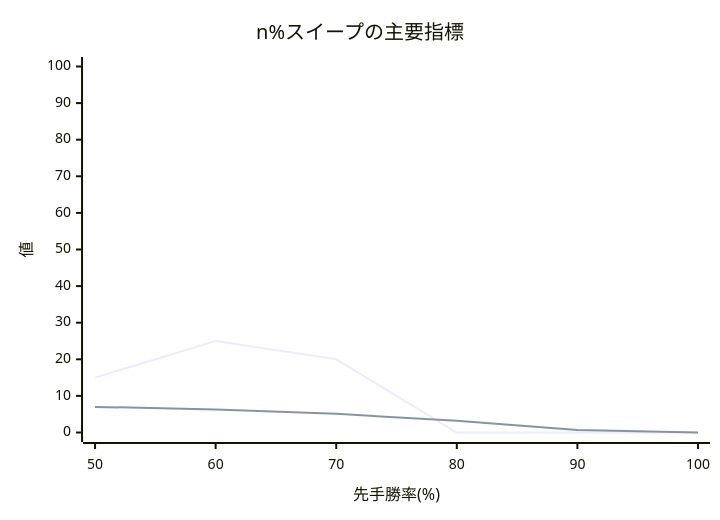
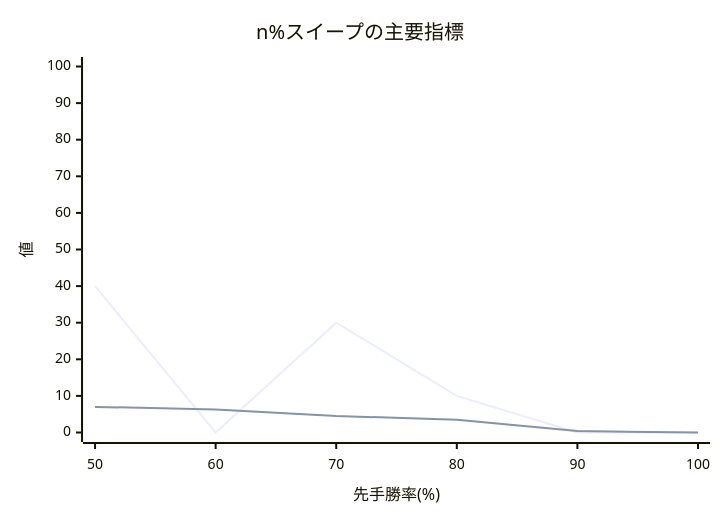
The diagram in Output/Reports/twill_[先手8x後手8]_50to100_smoke10_quality_sweep.md (muzudho/ShogiTournamentSystemAnalyzer), drawn with Mermaid before and after one commit. The commit also changed other lines of this file and 13 other files, not shown here.

````diff
--- a/Output/Reports/twill_[先手8x後手8]_50to100_smoke10_quality_sweep.md
+++ b/Output/Reports/twill_[先手8x後手8]_50to100_smoke10_quality_sweep.md
@@ -24,8 +25,8 @@
 ```mermaid
 xychart-beta
     title "n%スイープの主要指標"
     x-axis "先手勝率(%)" [50, 60, 70, 80, 90, 100]
     y-axis "値" 0 --> 100
-    line "Elo1位の総合1位確率(%)" [15.00, 25.00, 20.00, 0.00, 0.00, 0.00]
-    line "Elo上位8名残留" [7.00, 6.30, 5.10, 3.20, 0.70, 0.00]
+    line "Elo1位の総合1位確率(%)" [40.00, 0.00, 30.00, 10.00, 0.00, 0.00]
+    line "Elo上位8名残留" [7.00, 6.30, 4.50, 3.50, 0.40, 0.00]
 ```
````
